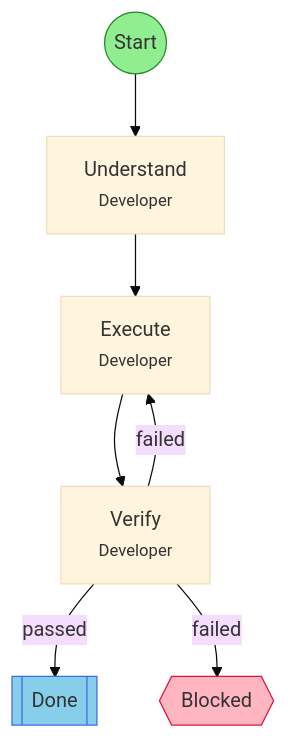
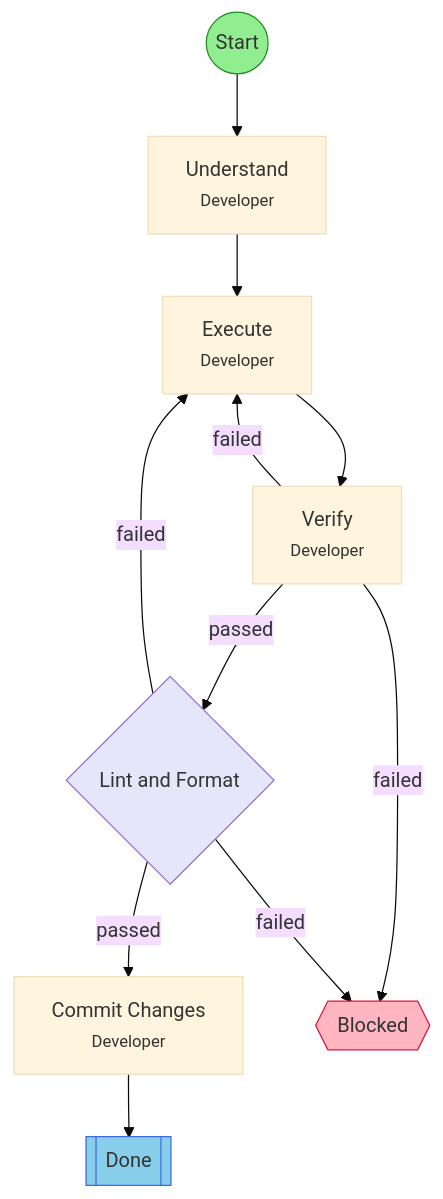
Before and after one commit to leclabs/agent-toolkit: the diagram in .flow/diagrams/quick-task.md, drawn with Mermaid (base theme). The commit also changed other lines of this file and 18 other files, not shown here.

````diff
--- a/.flow/diagrams/quick-task.md
+++ b/.flow/diagrams/quick-task.md
@@ -7,25 +7,32 @@
 ```mermaid
 flowchart TD
     start(("Start"))
     understand["Understand<br/><small>Developer</small>"]
     execute["Execute<br/><small>Developer</small>"]
     verify["Verify<br/><small>Developer</small>"]
+    lint_format{"Lint and Format"}
+    commit["Commit Changes<br/><small>Developer</small>"]
     end_success[["Done"]]
     hitl_blocked{{"Blocked"}}
 
     start --> understand
     understand --> execute
     execute --> verify
-    verify -->|passed| end_success
+    verify -->|passed| lint_format
     verify -->|failed| execute
     verify -->|failed| hitl_blocked
+    lint_format -->|passed| commit
+    lint_format -->|failed| execute
+    lint_format -->|failed| hitl_blocked
+    commit --> end_success
 
     classDef startStep fill:#90EE90,stroke:#228B22
     classDef successStep fill:#87CEEB,stroke:#4169E1
     classDef hitlStep fill:#FFB6C1,stroke:#DC143C
     classDef gateStep fill:#E6E6FA,stroke:#9370DB
     classDef currentStep fill:#FFD700,stroke:#FF8C00,stroke-width:3px
     class start startStep
     class end_success successStep
     class hitl_blocked hitlStep
+    class lint_format gateStep
 ```
````
